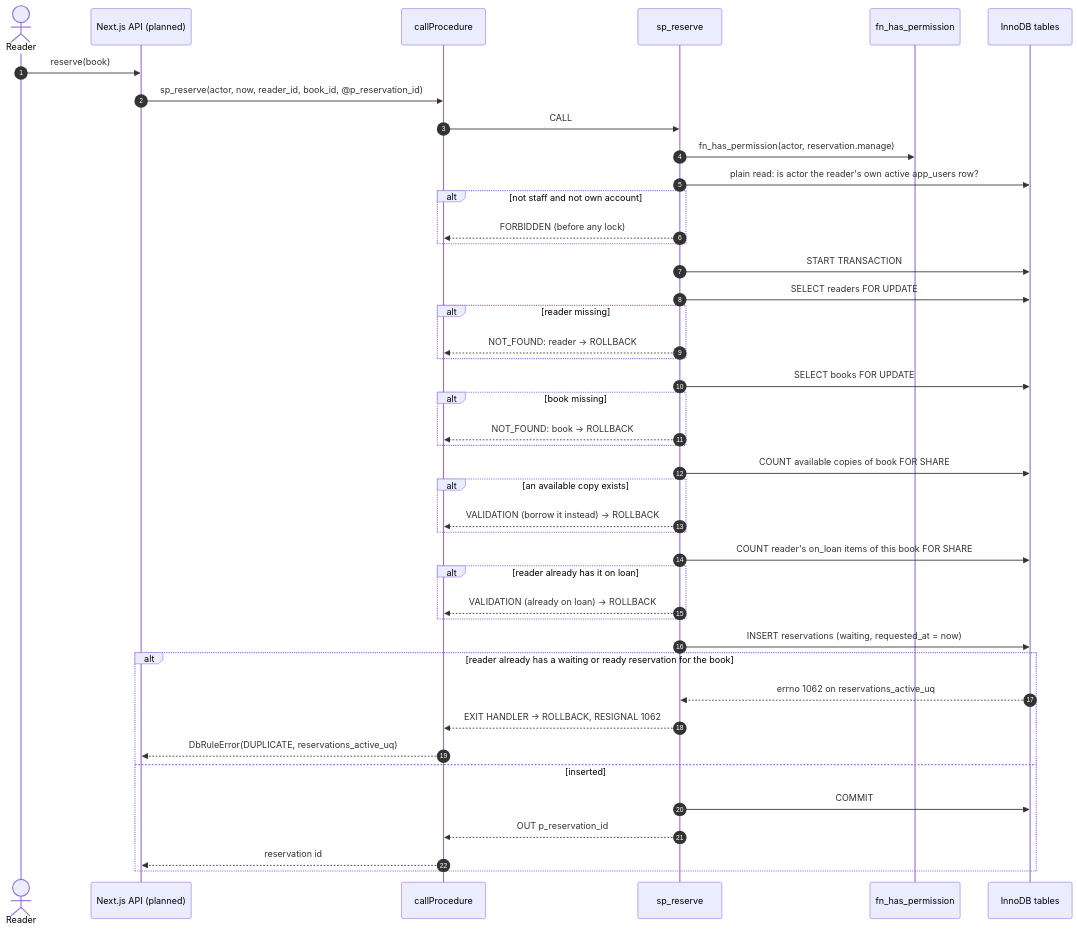
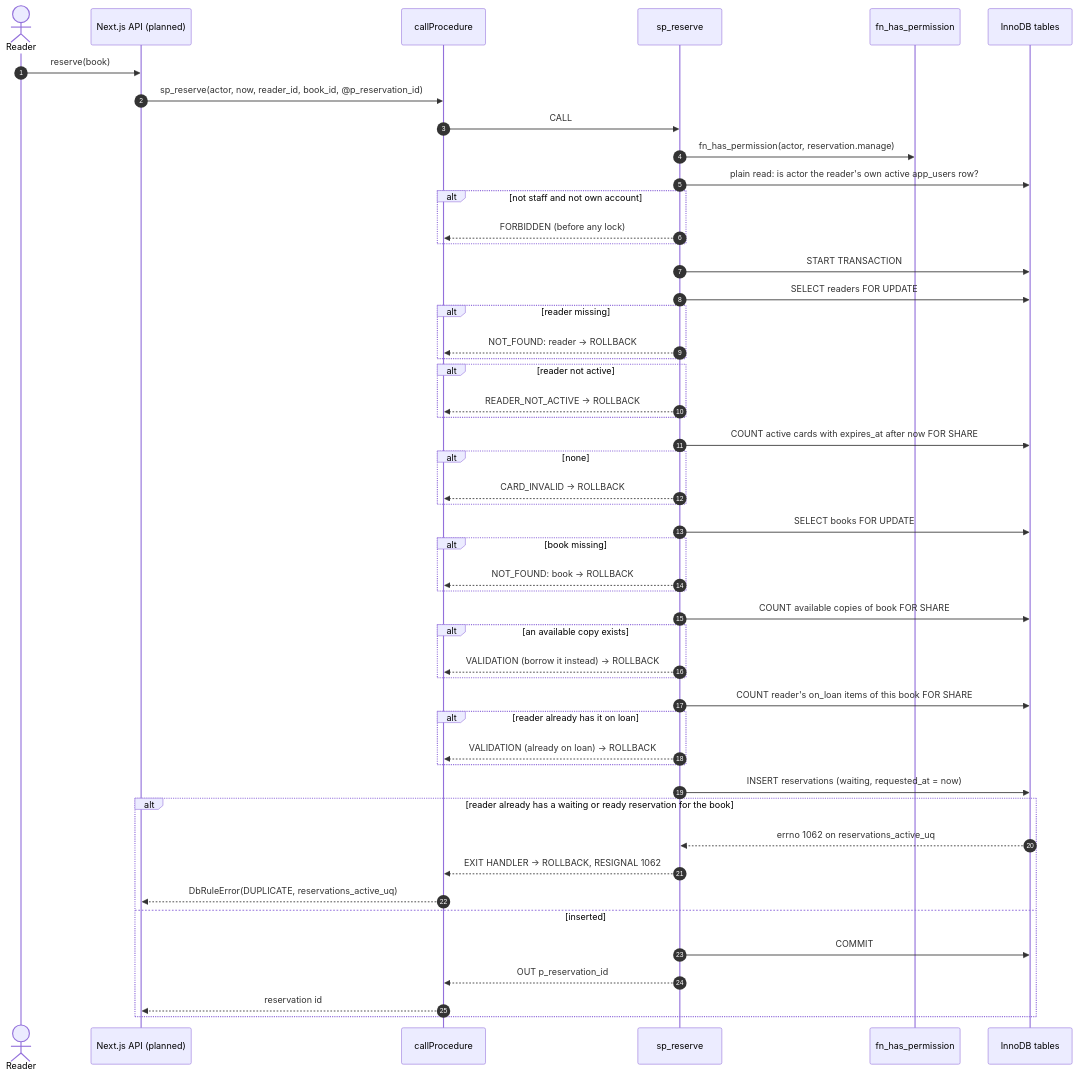
Before and after one commit to ThinhLC/uitlib: diagram 19 of 23 in ARCHITECTURE.md, drawn with Mermaid. The commit also changed other lines of this file and 9 other files, not shown here.

````diff
--- a/ARCHITECTURE.md
+++ b/ARCHITECTURE.md
@@ -1435,46 +1448,53 @@
 ```mermaid
 sequenceDiagram
     autonumber
     actor Reader
     participant App as Next.js API (planned)
     participant CP as callProcedure
     participant SP as sp_reserve
     participant FN as fn_has_permission
     participant DB as InnoDB tables
 
     Reader->>App: reserve(book)
     App->>CP: sp_reserve(actor, now, reader_id, book_id, @p_reservation_id)
     CP->>SP: CALL
     SP->>FN: fn_has_permission(actor, reservation.manage)
     SP->>DB: plain read: is actor the reader's own active app_users row?
     alt not staff and not own account
         SP-->>CP: FORBIDDEN (before any lock)
     end
     SP->>DB: START TRANSACTION
     SP->>DB: SELECT readers FOR UPDATE
     alt reader missing
         SP-->>CP: NOT_FOUND: reader → ROLLBACK
+    end
+    alt reader not active
+        SP-->>CP: READER_NOT_ACTIVE → ROLLBACK
+    end
+    SP->>DB: COUNT active cards with expires_at after now FOR SHARE
+    alt none
+        SP-->>CP: CARD_INVALID → ROLLBACK
     end
     SP->>DB: SELECT books FOR UPDATE
     alt book missing
         SP-->>CP: NOT_FOUND: book → ROLLBACK
     end
     SP->>DB: COUNT available copies of book FOR SHARE
     alt an available copy exists
         SP-->>CP: VALIDATION (borrow it instead) → ROLLBACK
     end
     SP->>DB: COUNT reader's on_loan items of this book FOR SHARE
     alt reader already has it on loan
         SP-->>CP: VALIDATION (already on loan) → ROLLBACK
     end
     SP->>DB: INSERT reservations (waiting, requested_at = now)
     alt reader already has a waiting or ready reservation for the book
         DB-->>SP: errno 1062 on reservations_active_uq
         SP-->>CP: EXIT HANDLER → ROLLBACK, RESIGNAL 1062
         CP-->>App: DbRuleError(DUPLICATE, reservations_active_uq)
     else inserted
         SP->>DB: COMMIT
         SP-->>CP: OUT p_reservation_id
         CP-->>App: reservation id
     end
 ```
````
